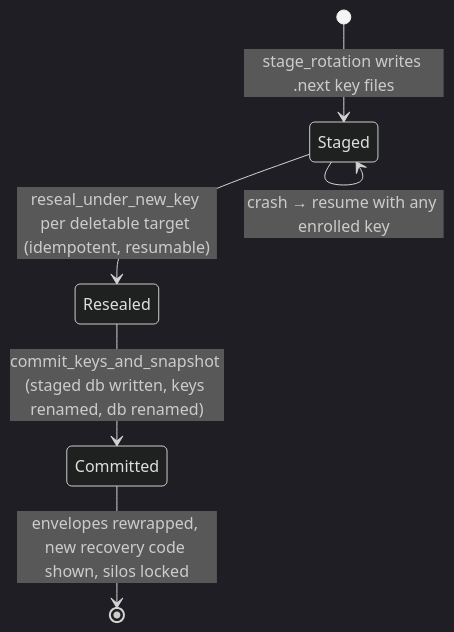
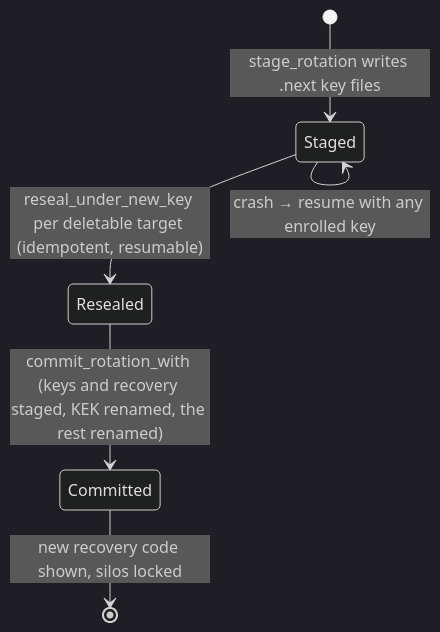
The third of 4 diagrams in docs/ARCHITECTURE.md (silentsilo/core), drawn with Mermaid (dark theme) before and after one commit. The commit also changed other lines of this file and 18 other files, not shown here.

````diff
--- a/docs/ARCHITECTURE.md
+++ b/docs/ARCHITECTURE.md
@@ -116,8 +116,8 @@
 ```mermaid
 stateDiagram-v2
     [*] --> Staged: stage_rotation writes .next key files
     Staged --> Resealed: reseal_under_new_key per deletable target (idempotent, resumable)
-    Resealed --> Committed: commit_keys_and_snapshot (staged db written, keys renamed, db renamed)
+    Resealed --> Committed: commit_rotation_with (keys and recovery staged, KEK renamed, the rest renamed)
     Staged --> Staged: crash → resume with any enrolled key
-    Committed --> [*]: envelopes rewrapped, new recovery code shown, silos locked
+    Committed --> [*]: new recovery code shown, silos locked
 ```
````
